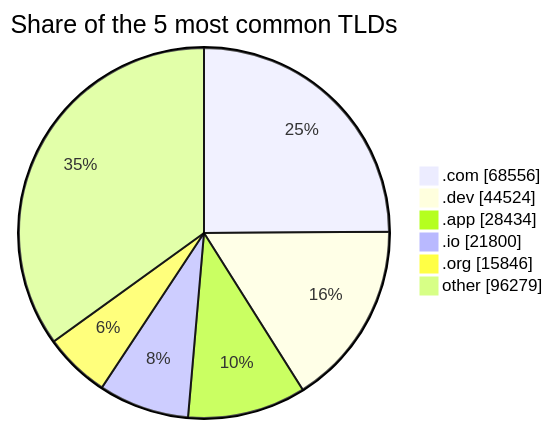
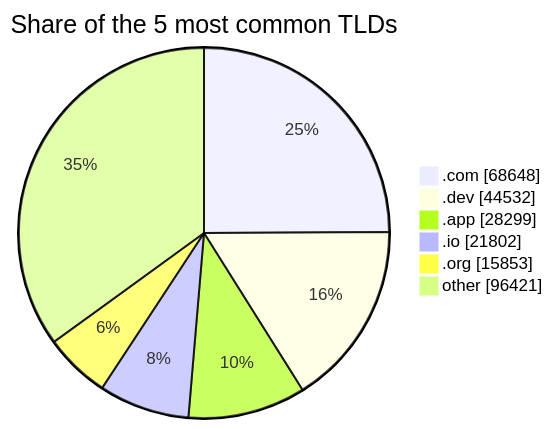
The third of 3 diagrams in README.md (DNSBunker/CTI), drawn with Mermaid before and after one commit. The commit also changed other lines of this file and 3 other files, not shown here.

````diff
--- a/README.md
+++ b/README.md
@@ -81,9 +81,9 @@
 ```mermaid
 pie showData title Share of the 5 most common TLDs
-    ".com" : 68556
-    ".dev" : 44524
-    ".app" : 28434
-    ".io" : 21800
-    ".org" : 15846
-    "other" : 96279
+    ".com" : 68648
+    ".dev" : 44532
+    ".app" : 28299
+    ".io" : 21802
+    ".org" : 15853
+    "other" : 96421
 ```
````
